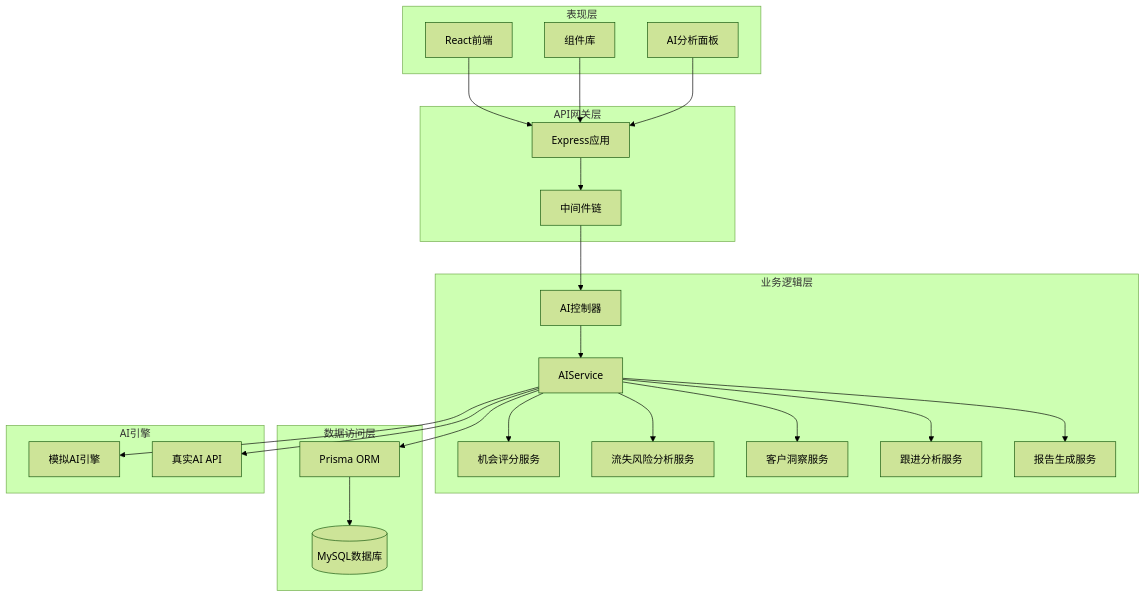
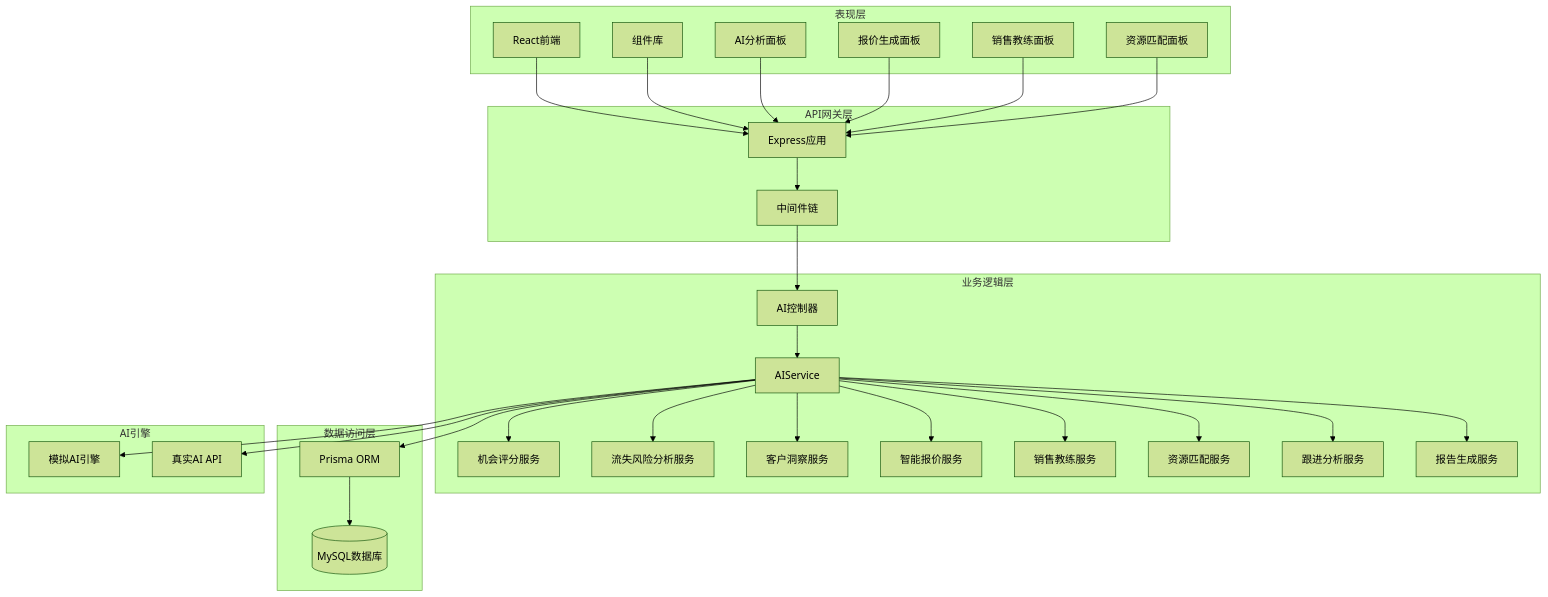
One commit to xianjianshenqu/SalesFlow-CRM changed the second of 7 diagrams in .qoder/repowiki/zh/content/核心组件/AI助手.md. Above: the diagram before and after it, drawn with Mermaid (forest theme). The commit also changed other lines of this file and 28 other files, not shown here.

````diff
--- a/.qoder/repowiki/zh/content/核心组件/AI助手.md
+++ b/.qoder/repowiki/zh/content/核心组件/AI助手.md
@@ -146,44 +166,56 @@
 ```mermaid
 graph TB
 subgraph "表现层"
 FE1[React前端]
 FE2[组件库]
 FE3[AI分析面板]
+FE4[报价生成面板]
+FE5[销售教练面板]
+FE6[资源匹配面板]
 end
 subgraph "API网关层"
 GW[Express应用]
 MW[中间件链]
 end
 subgraph "业务逻辑层"
 AC[AI控制器]
 AS[AIService]
 OS[机会评分服务]
 CA[流失风险分析服务]
 CI[客户洞察服务]
+PI[智能报价服务]
+SC[销售教练服务]
+RM[资源匹配服务]
 FA[跟进分析服务]
 RG[报告生成服务]
 end
 subgraph "数据访问层"
 PRISMA[Prisma ORM]
 DB[(MySQL数据库)]
 end
 subgraph "AI引擎"
 MOCK[模拟AI引擎]
 REAL[真实AI API]
 end
 FE1 --> GW
 FE2 --> GW
 FE3 --> GW
+FE4 --> GW
+FE5 --> GW
+FE6 --> GW
 GW --> MW
 MW --> AC
 AC --> AS
 AS --> OS
 AS --> CA
 AS --> CI
+AS --> PI
+AS --> SC
+AS --> RM
 AS --> FA
 AS --> RG
 AS --> PRISMA
 PRISMA --> DB
 AS --> MOCK
 AS --> REAL
 ```
````
